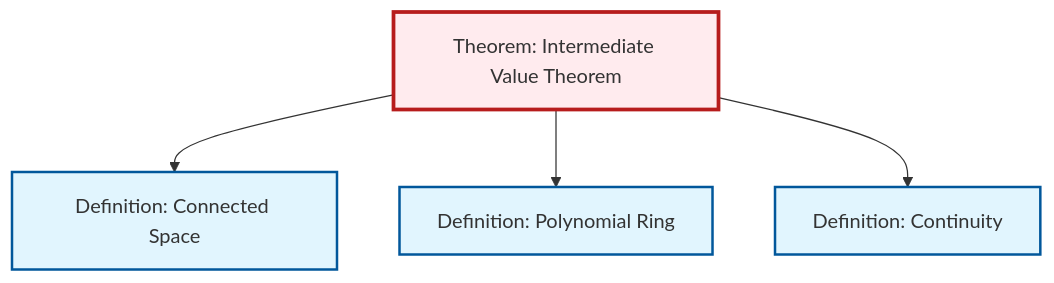
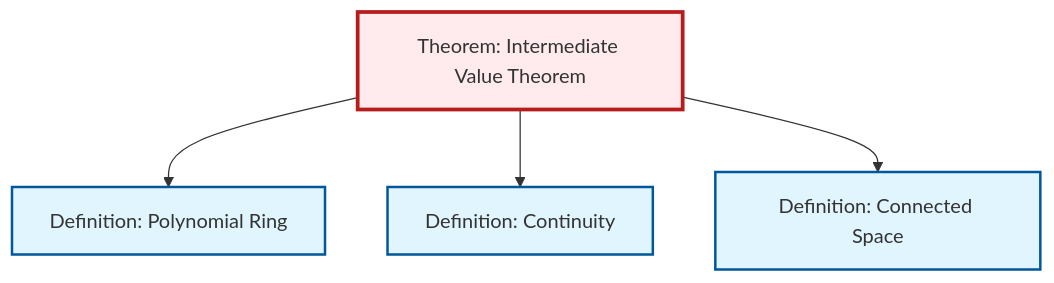
The diagram in content/en/topology/thm-intermediate-value.qmd (RK0429/ModernMath), drawn with Mermaid before and after one commit. The commit also changed other lines of this file and 1069 other files, not shown here.

````diff
--- a/content/en/topology/thm-intermediate-value.qmd
+++ b/content/en/topology/thm-intermediate-value.qmd
@@ -51,20 +51,20 @@
 ```{mermaid}
 %%| fig-cap: "Local dependency graph"
 graph TD
     classDef definition fill:#e1f5fe,stroke:#01579b,stroke-width:2px
     classDef theorem fill:#f3e5f5,stroke:#4a148c,stroke-width:2px
     classDef axiom fill:#fff3e0,stroke:#e65100,stroke-width:2px
     classDef example fill:#e8f5e9,stroke:#1b5e20,stroke-width:2px
     classDef current fill:#ffebee,stroke:#b71c1c,stroke-width:3px
     thm-intermediate-value["Theorem: Intermediate Value Theorem"]:::theorem
     def-connected["Definition: Connected Space"]:::definition
     def-polynomial-ring["Definition: Polynomial Ring"]:::definition
     def-continuity["Definition: Continuity"]:::definition
-    thm-intermediate-value --> def-connected
     thm-intermediate-value --> def-polynomial-ring
     thm-intermediate-value --> def-continuity
+    thm-intermediate-value --> def-connected
     class thm-intermediate-value current
     click def-connected "def-connected.html" "Go to Connected Space definition"
     click def-polynomial-ring "def-polynomial-ring.html" "Go to Polynomial Ring definition"
     click def-continuity "def-continuity.html" "Go to Continuity definition"
 ```
````
